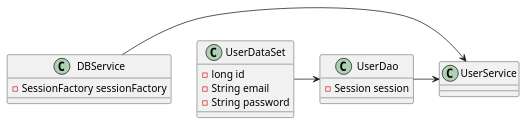
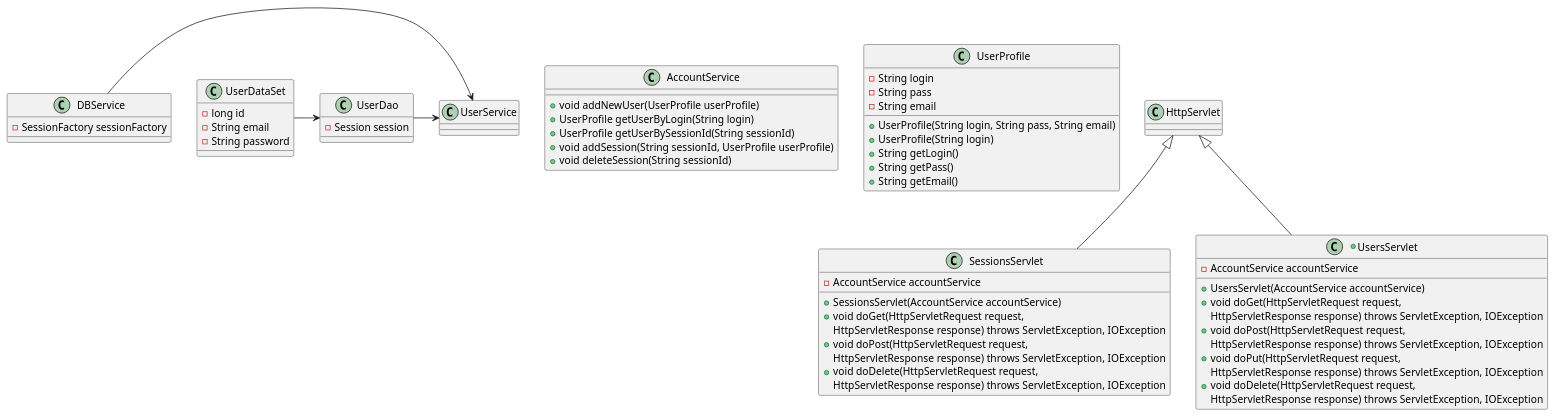
The diagram in UMLClassDiagram.puml (saDOSdesperaDOS/theNotePade), drawn with PlantUML before and after one commit.

Commit message:
greate uml diagram

```diff
--- a/UMLClassDiagram.puml
+++ b/UMLClassDiagram.puml
@@ -1,26 +1,65 @@
 @startuml
 'https://plantuml.com/class-diagram
-class DBService {
--SessionFactory sessionFactory
+
+class AccountService {
++void addNewUser(UserProfile userProfile)
++UserProfile getUserByLogin(String login)
++UserProfile getUserBySessionId(String sessionId)
++void addSession(String sessionId, UserProfile userProfile)
++void deleteSession(String sessionId)
 }
 
+class UserProfile {
+-String login
+-String pass
+-String email
++UserProfile(String login, String pass, String email)
++UserProfile(String login)
++String getLogin()
++String getPass()
++String getEmail()
+}
+class SessionsServlet extends HttpServlet {
+-AccountService accountService
++SessionsServlet(AccountService accountService)
++void doGet(HttpServletRequest request,
+                      HttpServletResponse response) throws ServletException, IOException
++void doPost(HttpServletRequest request,
+                       HttpServletResponse response) throws ServletException, IOException
++void doDelete(HttpServletRequest request,
+                         HttpServletResponse response) throws ServletException, IOException
+}
++class UsersServlet extends HttpServlet {
+-AccountService accountService
++UsersServlet(AccountService accountService)
++void doGet(HttpServletRequest request,
+                      HttpServletResponse response) throws ServletException, IOException
++void doPost(HttpServletRequest request,
+                       HttpServletResponse response) throws ServletException, IOException
++void doPut(HttpServletRequest request,
+                      HttpServletResponse response) throws ServletException, IOException
++void doDelete(HttpServletRequest request,
+                         HttpServletResponse response) throws ServletException, IOException
+}
 class UserDataSet {
 -long id
 -String email
 -String password
 }
 
 class UserDao {
 -Session session
 }
 
-
+class DBService {
+-SessionFactory sessionFactory
+}
 
 class UserService
 
 UserDao -> UserService
 
 UserDataSet -> UserDao
 DBService -> UserService
 
 @enduml
```
